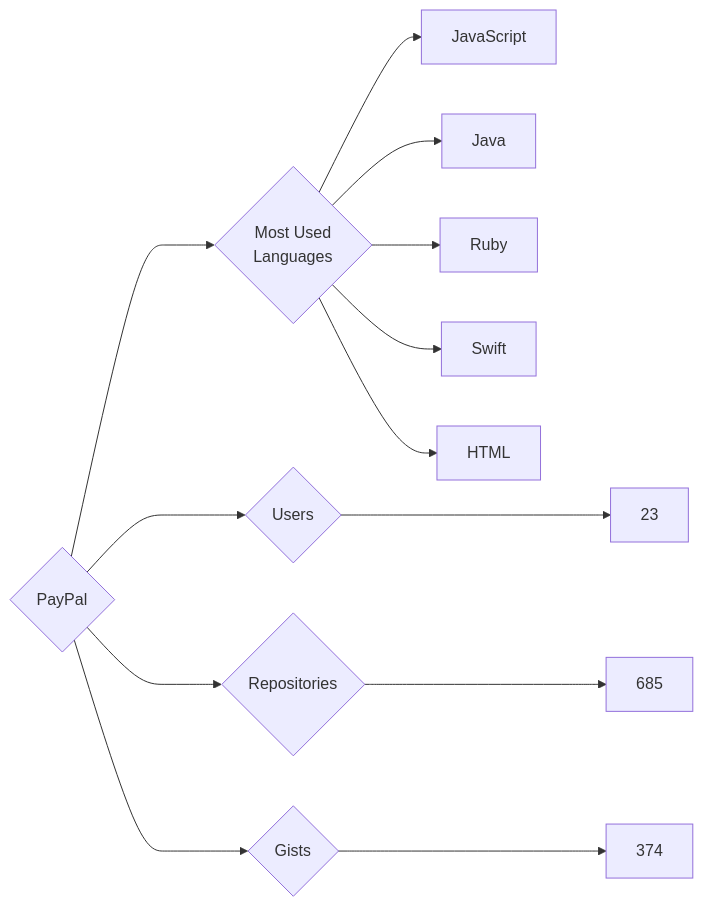
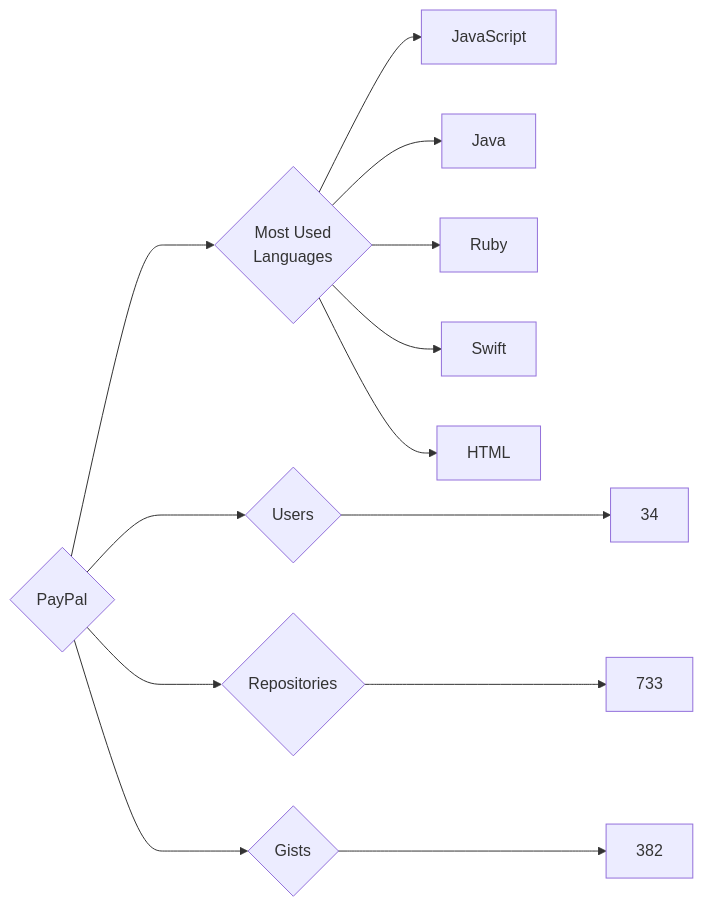
The diagram in targets/PayPal/README.md (trickest/insiders), drawn with Mermaid before and after one commit. The commit also changed 955 other files, not shown here.

````diff
--- a/targets/PayPal/README.md
+++ b/targets/PayPal/README.md
@@ -3,13 +3,13 @@
 ```mermaid
 graph LR
 COMPANY_NAME{PayPal}
-COMPANY_NAME ---> U{Users} ---> UN[23]
-COMPANY_NAME ---> R{Repositories} ---> RN[685]
-COMPANY_NAME ---> G{Gists} ---> GN[374]
+COMPANY_NAME ---> U{Users} ---> UN[34]
+COMPANY_NAME ---> R{Repositories} ---> RN[733]
+COMPANY_NAME ---> G{Gists} ---> GN[382]
 COMPANY_NAME ---> ML{Most Used<br>Languages}
 ML --> JavaScript[JavaScript]
 ML --> Java[Java]
 ML --> Ruby[Ruby]
 ML --> Swift[Swift]
 ML --> HTML[HTML]
 ```
````
